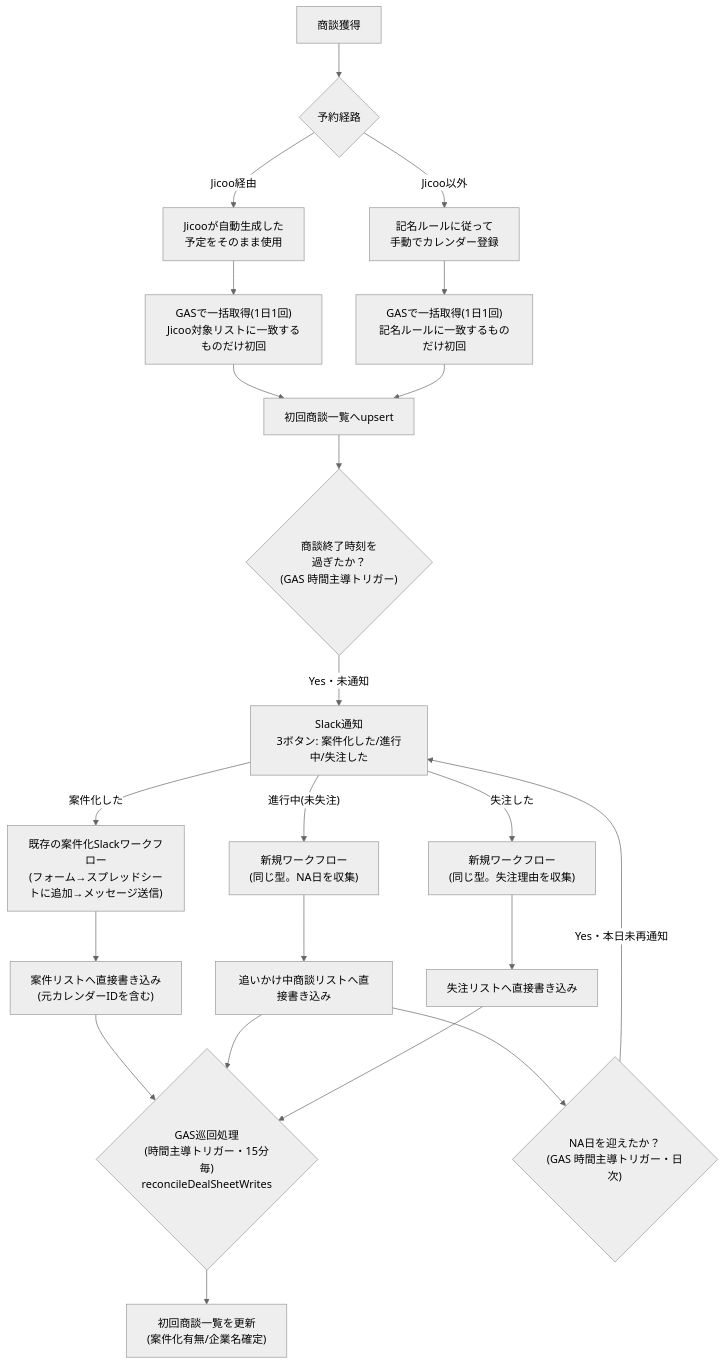
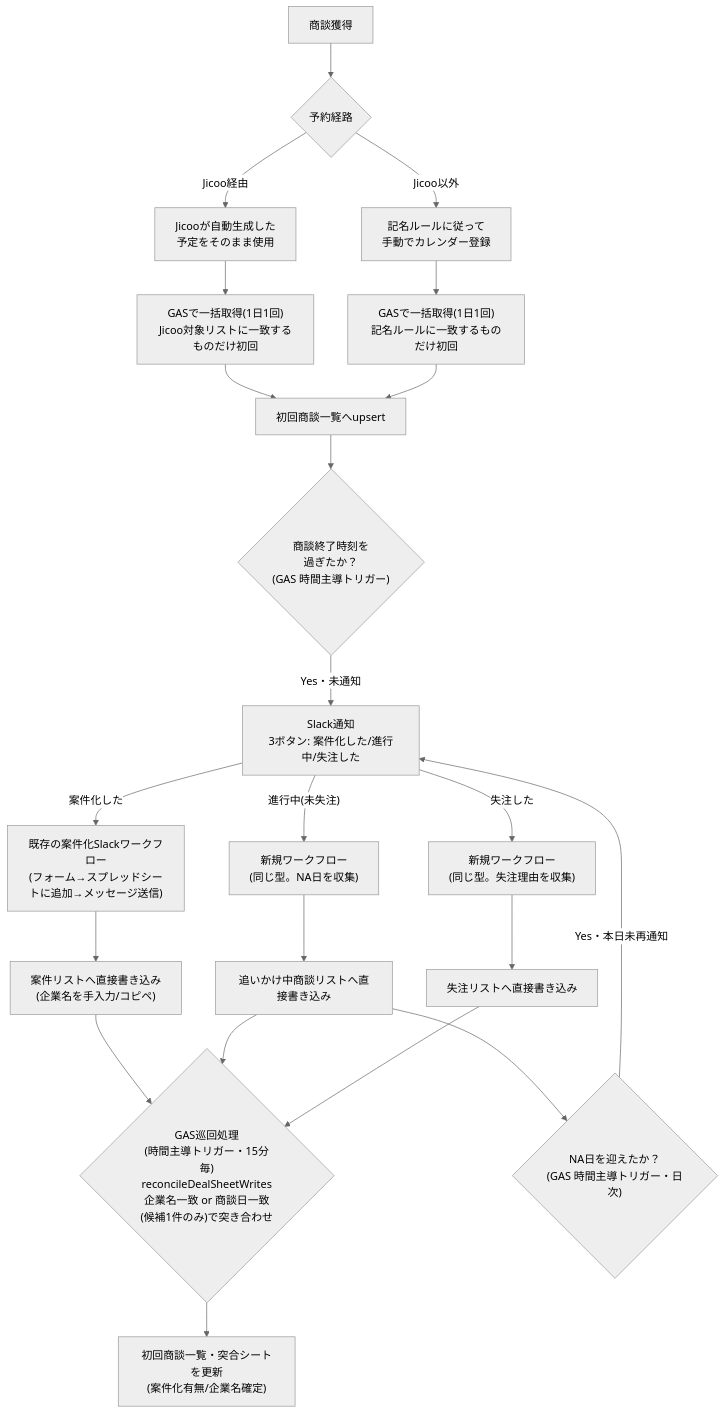
The diagram in docs/workflow-design.md (euphnaho/aibpo-workflow-automation), drawn with Mermaid (neutral theme) before and after one commit. The commit also changed other lines of this file and 4 other files, not shown here.

````diff
--- a/docs/workflow-design.md
+++ b/docs/workflow-design.md
@@ -34,24 +34,24 @@
 ```mermaid
 flowchart TD
     A[商談獲得] --> B{予約経路}
     B -- Jicoo経由 --> B1["Jicooが自動生成した\n予定をそのまま使用"]
     B -- Jicoo以外 --> B2["記名ルールに従って\n手動でカレンダー登録"]
     B1 --> C["GASで一括取得(1日1回)\nJicoo対象リストに一致するものだけ初回"]
     B2 --> C2["GASで一括取得(1日1回)\n記名ルールに一致するものだけ初回"]
     C --> D[初回商談一覧へupsert]
     C2 --> D
     D --> E{"商談終了時刻を\n過ぎたか？\n(GAS 時間主導トリガー)"}
     E -- Yes・未通知 --> F["Slack通知\n3ボタン: 案件化した/進行中/失注した"]
     F -- 案件化した --> G1["既存の案件化Slackワークフロー\n(フォーム→スプレッドシートに追加→メッセージ送信)"]
     F -- 進行中(未失注) --> G2["新規ワークフロー\n(同じ型。NA日を収集)"]
     F -- 失注した --> G3["新規ワークフロー\n(同じ型。失注理由を収集)"]
-    G1 --> I["案件リストへ直接書き込み\n(元カレンダーIDを含む)"]
+    G1 --> I["案件リストへ直接書き込み\n(企業名を手入力/コピペ)"]
     G2 --> J["追いかけ中商談リストへ直接書き込み"]
     G3 --> K["失注リストへ直接書き込み"]
-    I --> R{"GAS巡回処理\n(時間主導トリガー・15分毎)\nreconcileDealSheetWrites"}
+    I --> R{"GAS巡回処理\n(時間主導トリガー・15分毎)\nreconcileDealSheetWrites\n企業名一致 or 商談日一致(候補1件のみ)で突き合わせ"}
     J --> R
     K --> R
-    R --> L["初回商談一覧を更新\n(案件化有無/企業名確定)"]
+    R --> L["初回商談一覧・突合シートを更新\n(案件化有無/企業名確定)"]
     J --> M{"NA日を迎えたか？\n(GAS 時間主導トリガー・日次)"}
     M -- Yes・本日未再通知 --> F
 ```
````
